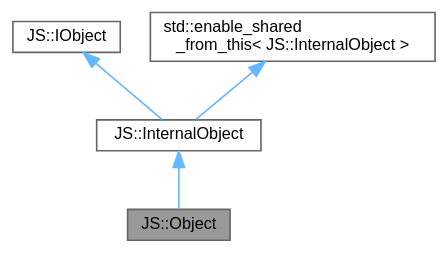
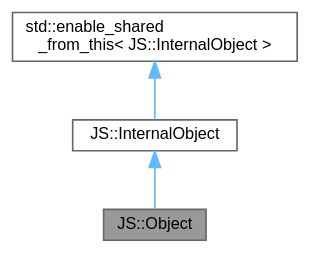
The diagram in classJS_1_1Object__coll__graph.dot (JS-CMP/JS-CMP), drawn with Graphviz before and after one commit. The commit also changed 382 other files, not shown here.

```diff
--- a/classJS_1_1Object__coll__graph.dot
+++ b/classJS_1_1Object__coll__graph.dot
@@ -1,14 +1,12 @@
 digraph "JS::Object"
 {
  // LATEX_PDF_SIZE
   bgcolor="transparent";
   edge [fontname=Helvetica,fontsize=10,labelfontname=Helvetica,labelfontsize=10];
   node [fontname=Helvetica,fontsize=10,shape=box,height=0.2,width=0.4];
   Node1 [id="Node000001",label="JS::Object",height=0.2,width=0.4,color="gray40", fillcolor="grey60", style="filled", fontcolor="black",tooltip="Represents a JavaScript-like object in C++."];
   Node2 -> Node1 [id="edge1_Node000001_Node000002",dir="back",color="steelblue1",style="solid",tooltip=" "];
   Node2 [id="Node000002",label="JS::InternalObject",height=0.2,width=0.4,color="gray40", fillcolor="white", style="filled",URL="$classJS_1_1InternalObject.html",tooltip="Represents a base object for all JavaScript-like objects in C++."];
   Node3 -> Node2 [id="edge2_Node000002_Node000003",dir="back",color="steelblue1",style="solid",tooltip=" "];
-  Node3 [id="Node000003",label="JS::IObject",height=0.2,width=0.4,color="gray40", fillcolor="white", style="filled",URL="$classJS_1_1IObject.html",tooltip="Represents a base object for all JavaScript-like objects in C++."];
-  Node4 -> Node2 [id="edge3_Node000002_Node000004",dir="back",color="steelblue1",style="solid",tooltip=" "];
-  Node4 [id="Node000004",label="std::enable_shared\l_from_this\< JS::InternalObject \>",height=0.2,width=0.4,color="gray40", fillcolor="white", style="filled",tooltip=" "];
+  Node3 [id="Node000003",label="std::enable_shared\l_from_this\< JS::InternalObject \>",height=0.2,width=0.4,color="gray40", fillcolor="white", style="filled",tooltip=" "];
 }
```
